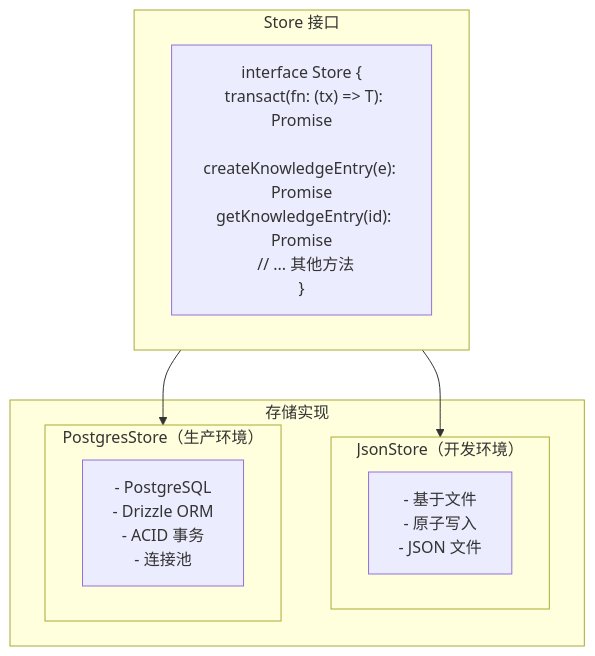
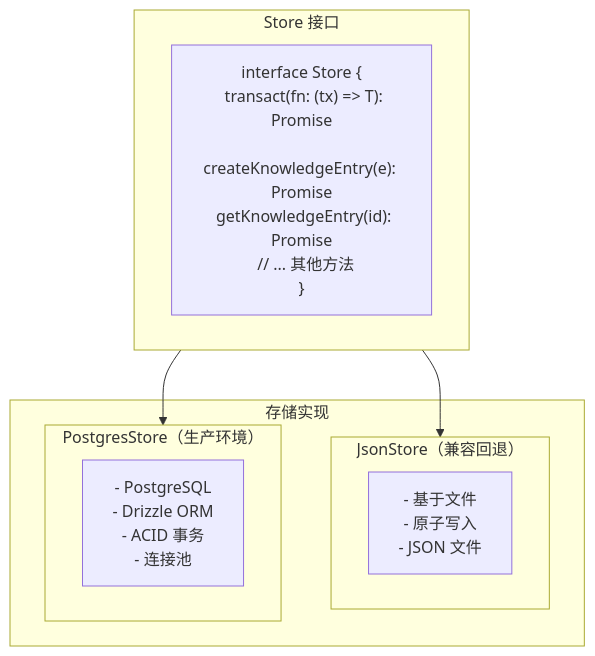
One commit to pofossette/TrapMap-for-vibing changed the first of 4 diagrams in docs/architecture/components/PERSISTENCE.md. Above: the diagram before and after it, drawn with Mermaid. The commit also changed 19 other files, not shown here.

````diff
--- a/docs/architecture/components/PERSISTENCE.md
+++ b/docs/architecture/components/PERSISTENCE.md
@@ -9,19 +9,19 @@
 ```mermaid
 flowchart TB
     subgraph 存储接口["Store 接口"]
         A["interface Store {\n  transact<T>(fn: (tx) => T): Promise<T>\n  createKnowledgeEntry(e): Promise<void>\n  getKnowledgeEntry(id): Promise<Entry | null>\n  // ... 其他方法\n}"]
     end
 
     subgraph 存储实现["存储实现"]
-        subgraph Json存储["JsonStore（开发环境）"]
+        subgraph Json存储["JsonStore（兼容回退）"]
             B1["- 基于文件\n- 原子写入\n- JSON 文件"]
         end
 
         subgraph Postgres存储["PostgresStore（生产环境）"]
             B2["- PostgreSQL\n- Drizzle ORM\n- ACID 事务\n- 连接池"]
         end
     end
 
     存储接口 --> Json存储
     存储接口 --> Postgres存储
 ```
````
